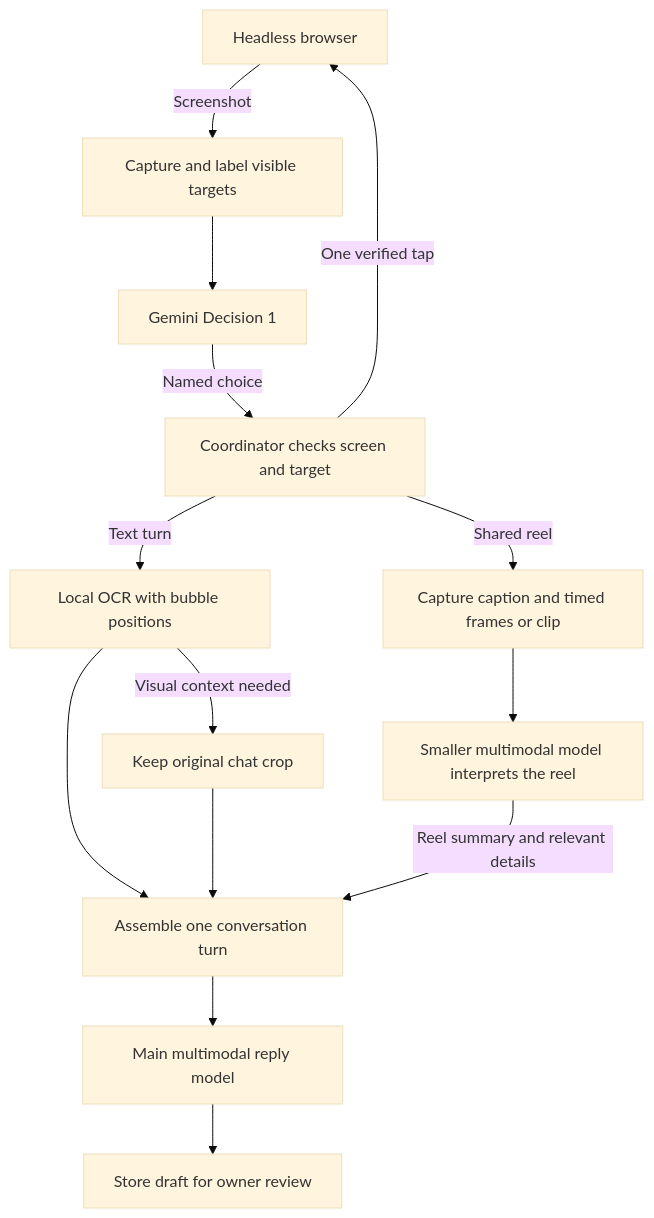
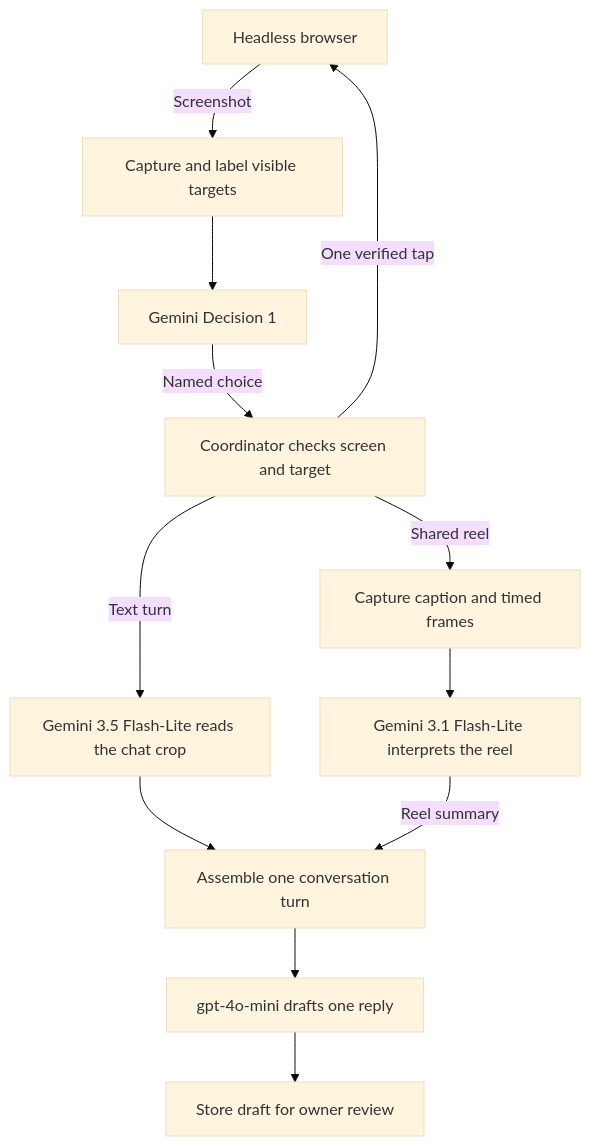
The diagram in plan/architecture.md (prakashdole/Shadow), drawn with Mermaid (base theme) before and after one commit. The commit also changed other lines of this file and 15 other files, not shown here.

````diff
--- a/plan/architecture.md
+++ b/plan/architecture.md
@@ -11,16 +11,14 @@
 ```mermaid
 flowchart TD
     Browser[Headless browser] -->|Screenshot| Capture[Capture and label visible targets]
     Capture --> Router[Gemini Decision 1]
     Router -->|Named choice| Control[Coordinator checks screen and target]
     Control -->|One verified tap| Browser
-    Control -->|Text turn| OCR[Local OCR with bubble positions]
-    OCR -->|Visual context needed| Crop[Keep original chat crop]
-    Control -->|Shared reel| Media[Capture caption and timed frames or clip]
-    OCR --> Context[Assemble one conversation turn]
-    Crop --> Context
-    Media --> Reel[Smaller multimodal model interprets the reel]
-    Reel -->|Reel summary and relevant details| Context
-    Context --> Reply[Main multimodal reply model]
+    Control -->|Text turn| Read[Gemini 3.5 Flash-Lite reads the chat crop]
+    Read --> Context[Assemble one conversation turn]
+    Control -->|Shared reel| Media[Capture caption and timed frames]
+    Media --> Reel[Gemini 3.1 Flash-Lite interprets the reel]
+    Reel -->|Reel summary| Context
+    Context --> Reply[gpt-4o-mini drafts one reply]
     Reply --> Draft[Store draft for owner review]
 ```
````
